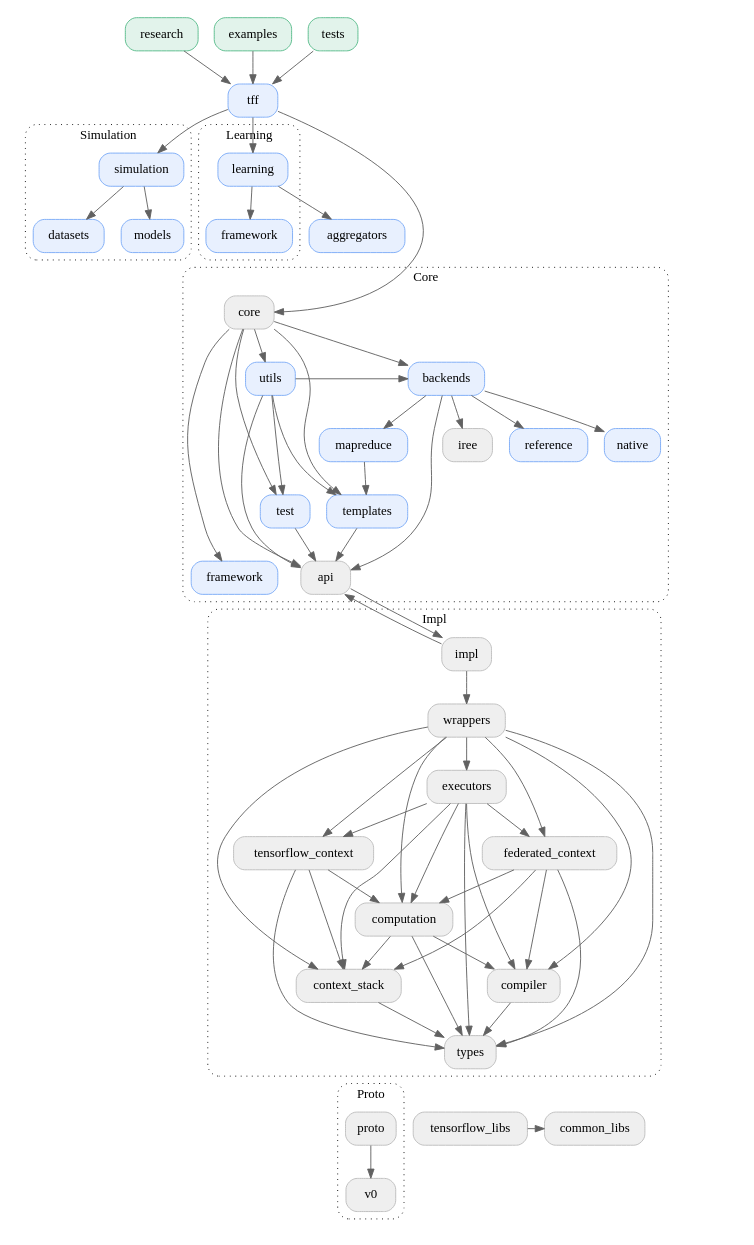
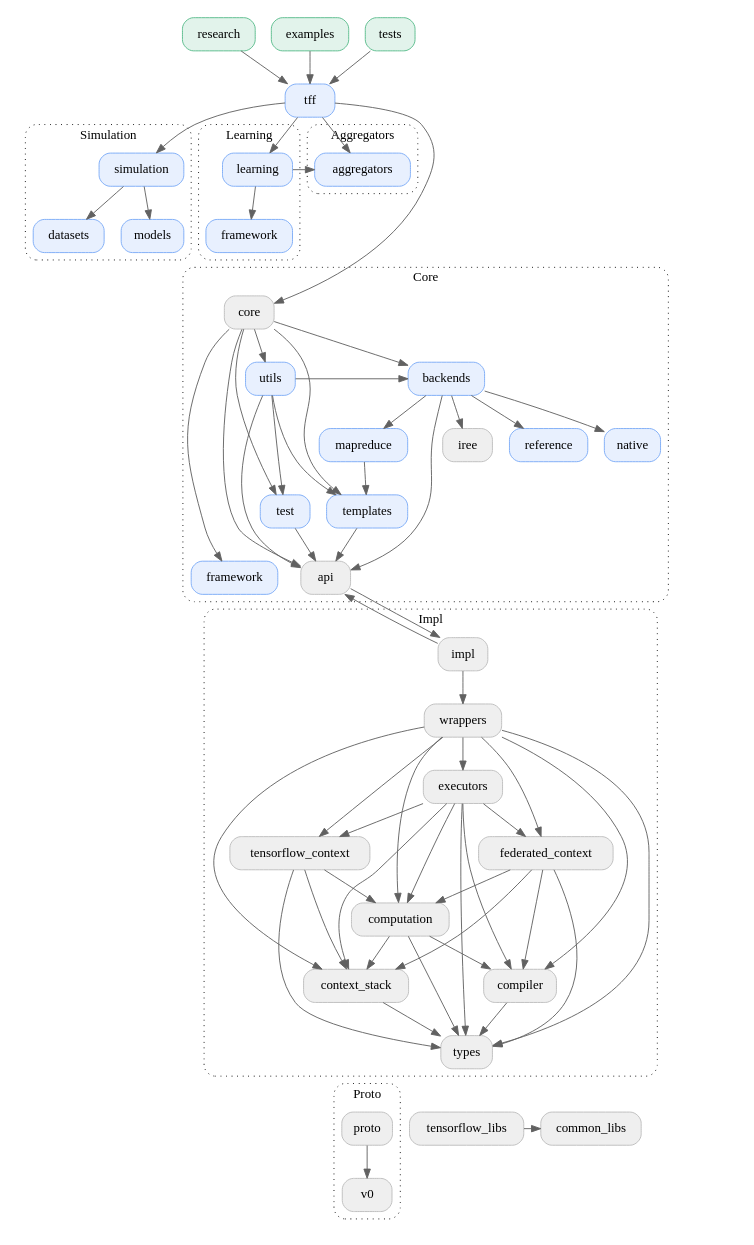
One commit to google-parfait/tensorflow-federated changed the diagram in docs/design/package_structure.dot. Above: the diagram before and after it, drawn with Graphviz.

Commit message:
Update TFF package documentation.

```diff
--- a/docs/design/package_structure.dot
+++ b/docs/design/package_structure.dot
@@ -1,181 +1,186 @@
 digraph {
   graph [style="dotted,rounded", size="9 100"]
   node [shape="box", style="rounded,filled", fillcolor="#efefef", color="#bdbdbd"]
   edge [color="#616161"]
   newrank=true
 
   // Using TFF
   research -> tff
   examples -> tff
   tests -> tff
 
   research [href="#research" target="_parent", fillcolor="#E2F3EB", color="#57BB8A"]
   examples [href="#examples" target="_parent", fillcolor="#E2F3EB", color="#57BB8A"]
   tests [href="#tests" target="_parent", fillcolor="#E2F3EB", color="#57BB8A"]
 
   // TFF
   tff -> simulation
   tff -> learning
+  tff -> aggregators
   tff -> core
 
   tff [href="#tff" target="_parent", fillcolor="#E8F0FE", color="#7BAAF7"]
 
   // TFF Simulation
   simulation -> simulation_datasets
   simulation -> simulation_models
   simulation_datasets -> core [arrowhead="none", style="invisible"]
   simulation_models -> core [arrowhead="none", style="invisible"]
 
   subgraph cluster_simulation {
     graph [label="Simulation", href="#tff-simulation" target="_parent"]
     simulation [href="#tff-simulation" target="_parent", fillcolor="#E8F0FE", color="#7BAAF7"]
     simulation_datasets [label="datasets", href="#tff-simulation" target="_parent", fillcolor="#E8F0FE", color="#7BAAF7"]
     simulation_models [label="models", href="#tff-simulation" target="_parent", fillcolor="#E8F0FE", color="#7BAAF7"]
   }
 
   // TFF Learning
   learning -> learning_framework
   learning_framework -> core [arrowhead="none", style="invisible"]
 
   subgraph cluster_learning {
     graph [label="Learning", href="#tff-learning" target="_parent"]
     learning [href="#tff-learning" target="_parent", fillcolor="#E8F0FE", color="#7BAAF7"]
     learning_framework [label="framework", href="#tff-learning" target="_parent", fillcolor="#E8F0FE", color="#7BAAF7"]
   }
 
   // TFF Aggregators
   learning -> aggregators
   aggregators -> core [arrowhead="none", style="invisible"]
-  aggregators [href="#tff-aggregators" target="_parent", fillcolor="#E8F0FE", color="#7BAAF7"]
+
+  subgraph cluster_aggregators {
+    graph [label="Aggregators", href="#tff-aggregators" target="_parent"]
+    aggregators [href="#tff-learning" target="_parent", fillcolor="#E8F0FE", color="#7BAAF7"]
+  }
 
   // TFF Core
   core -> core_utils
   core -> core_backends
   core -> core_templates
   core -> core_test
   core -> core_api
   core -> core_framework
   core_utils -> core_backends
   core_utils -> core_templates
   core_utils -> core_test
   core_utils -> core_api
   core_utils -> impl [arrowhead="none", style="invisible"]
   core_backends -> core_backends_native
   core_backends -> core_backends_mapreduce
   core_backends -> core_backends_iree
   core_backends -> core_backends_reference
   core_backends -> core_api
   core_backends -> impl [arrowhead="none", style="invisible"]
   core_backends_native -> impl [arrowhead="none", style="invisible"]
   core_backends_mapreduce -> core_templates
   core_backends_mapreduce -> impl [arrowhead="none", style="invisible"]
   core_backends_iree -> impl [arrowhead="none", style="invisible"]
   core_backends_reference -> impl [arrowhead="none", style="invisible"]
   core_templates -> core_api
   core_templates -> impl [arrowhead="none", style="invisible"]
   core_test -> core_api
   core_test -> impl [arrowhead="none", style="invisible"]
   core_api -> impl
   core_framework -> impl [arrowhead="none", style="invisible"]
 
   subgraph cluster_core {
     graph [label="Core", href="#tff-core" target="_parent"]
     core [href="#tff-core" target="_parent"]
     core_utils [label="utils", href="#tff-core" target="_parent", fillcolor="#E8F0FE", color="#7BAAF7"]
     core_backends [label="backends", href="#tff-core" target="_parent", fillcolor="#E8F0FE", color="#7BAAF7"]
     core_backends_native [label="native", href="#tff-core" target="_parent", fillcolor="#E8F0FE", color="#7BAAF7"]
     core_backends_mapreduce [label="mapreduce", href="#tff-core" target="_parent", fillcolor="#E8F0FE", color="#7BAAF7"]
     core_backends_iree [label="iree", href="#tff-core" target="_parent"]
     core_backends_reference [label="reference", href="#tff-core" target="_parent", fillcolor="#E8F0FE", color="#7BAAF7"]
     core_templates [label="templates", href="#tff-core" target="_parent", fillcolor="#E8F0FE", color="#7BAAF7"]
     core_test [label="test", href="#tff-core" target="_parent", fillcolor="#E8F0FE", color="#7BAAF7"]
     core_api [label="api", href="#tff-core" target="_parent"]
     core_framework [label="framework", href="#tff-core" target="_parent", fillcolor="#E8F0FE", color="#7BAAF7"]
   }
 
   // TFF Impl
   impl -> core_api
   impl -> impl_wrappers
   impl_wrappers -> impl_executors
   impl_wrappers -> impl_tensorflow_context
   impl_wrappers -> impl_federated_context
   impl_wrappers -> impl_computation
   impl_wrappers -> impl_compiler
   // impl_wrappers -> impl_utils
   impl_wrappers -> impl_context_stack
   impl_wrappers -> impl_types
   impl_executors -> impl_tensorflow_context
   impl_executors -> impl_federated_context
   impl_executors -> impl_computation
   impl_executors -> impl_compiler
   // impl_executors -> impl_utils
   impl_executors -> impl_context_stack
   impl_executors -> impl_types
   impl_tensorflow_context -> impl_computation
   // impl_tensorflow_context -> impl_utils
   impl_tensorflow_context -> impl_context_stack
   impl_tensorflow_context -> impl_types
   impl_federated_context -> impl_computation
   impl_federated_context -> impl_compiler
   // impl_federated_context -> impl_utils
   impl_federated_context -> impl_context_stack
   impl_federated_context -> impl_types
   impl_computation -> impl_compiler
   // impl_computation -> impl_utils
   impl_computation -> impl_context_stack
   impl_computation -> impl_types
   impl_compiler -> impl_types
   // impl_compiler -> impl_utils
   // impl_utils -> tensorflow_libs
   // impl_utils -> impl_context_stack
   // impl_utils -> impl_types
   impl_context_stack -> impl_types
   impl_types -> proto [arrowhead="none", style="invisible"]
   impl_types -> tensorflow_libs [arrowhead="none", style="invisible"]
   impl_types -> common_libs [arrowhead="none", style="invisible"]
 
   subgraph cluster_impl {
     graph [label="Impl", href="#tff-impl" target="_parent"]
     impl [href="#tff-impl" target="_parent"]
     impl_wrappers [label="wrappers", href="#tff-impl" target="_parent"]
     impl_executors [label="executors", href="#tff-impl" target="_parent"]
     impl_tensorflow_context [label="tensorflow_context", href="#tff-impl" target="_parent"]
     impl_federated_context [label="federated_context", href="#tff-impl" target="_parent"]
     impl_computation [label="computation", href="#tff-impl" target="_parent"]
     impl_compiler [label="compiler", href="#tff-impl" target="_parent"]
     impl_context_stack [label="context_stack", href="#tff-impl" target="_parent"]
     // impl_utils [label="utils", href="#tff-impl" target="_parent"]
     impl_types [label="types", href="#tff-impl" target="_parent"]
   }
 
   // TFF Proto
   proto -> proto_v0
 
   subgraph cluster_proto {
     graph [label="Proto", href="#tff-proto" target="_parent"]
     proto [href="#tff-proto" target="_parent"]
     proto_v0 [label="v0" href="#tff-proto" target="_parent"]
   }
 
   // Other
   tensorflow_libs [href="#tff-tensorflow-libs" target="_parent"]
   common_libs [href="#tff-common-libs" target="_parent"]
   tensorflow_libs -> common_libs
 
   // Layout
   {rank=same; examples, tests, research}
   {rank=same; tff}
-  {rank=same; learning, simulation}
+  {rank=same; simulation, learning, aggregators}
   {rank=same; learning_framework, simulation_datasets, simulation_models}
   {rank=same; core}
   {rank=same; core_utils, core_backends}
   {rank=same; core_backends_native, core_backends_mapreduce, core_backends_iree, core_backends_reference}
   {rank=same; core_templates}
   {rank=same; core_test}
   {rank=same; core_api, core_framework}
   // {rank=same; impl}
   // {rank=same; impl_wrappers}
   // {rank=same; impl_tensorflow_context, impl_federated_context, impl_executors}
   // {rank=same; impl_compiler}
   {rank=same; proto, tensorflow_libs, common_libs}
 }
```
